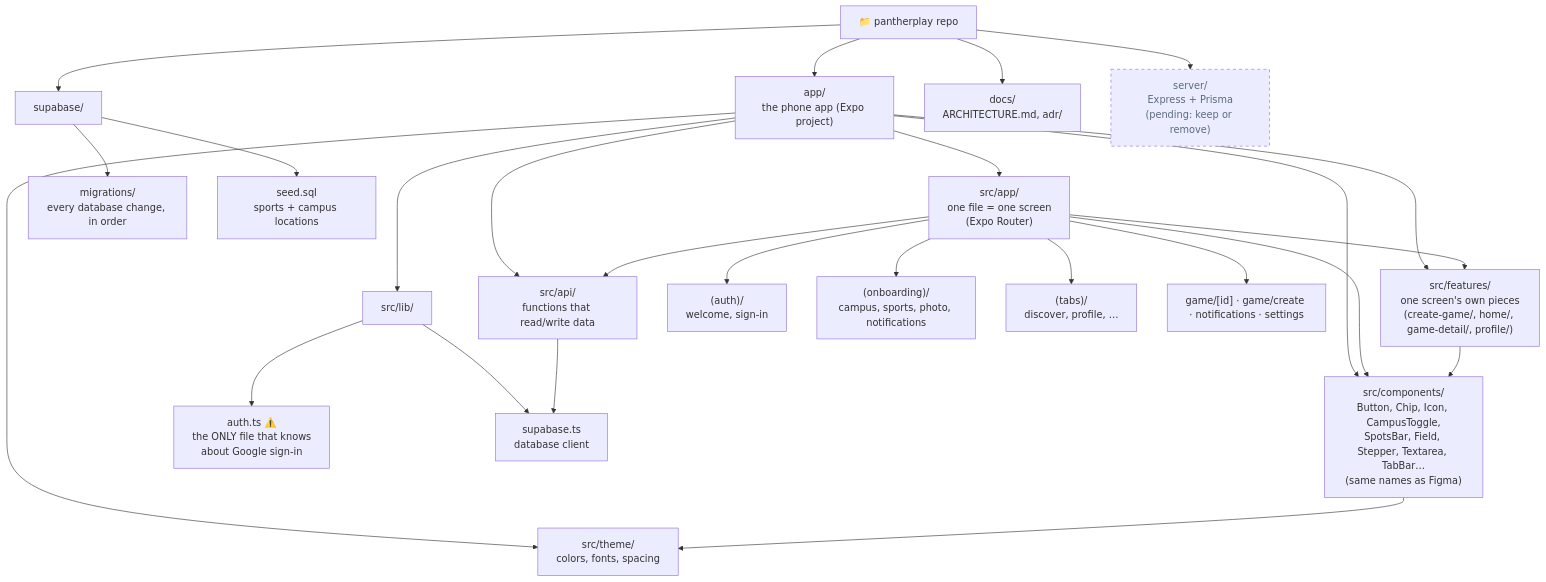
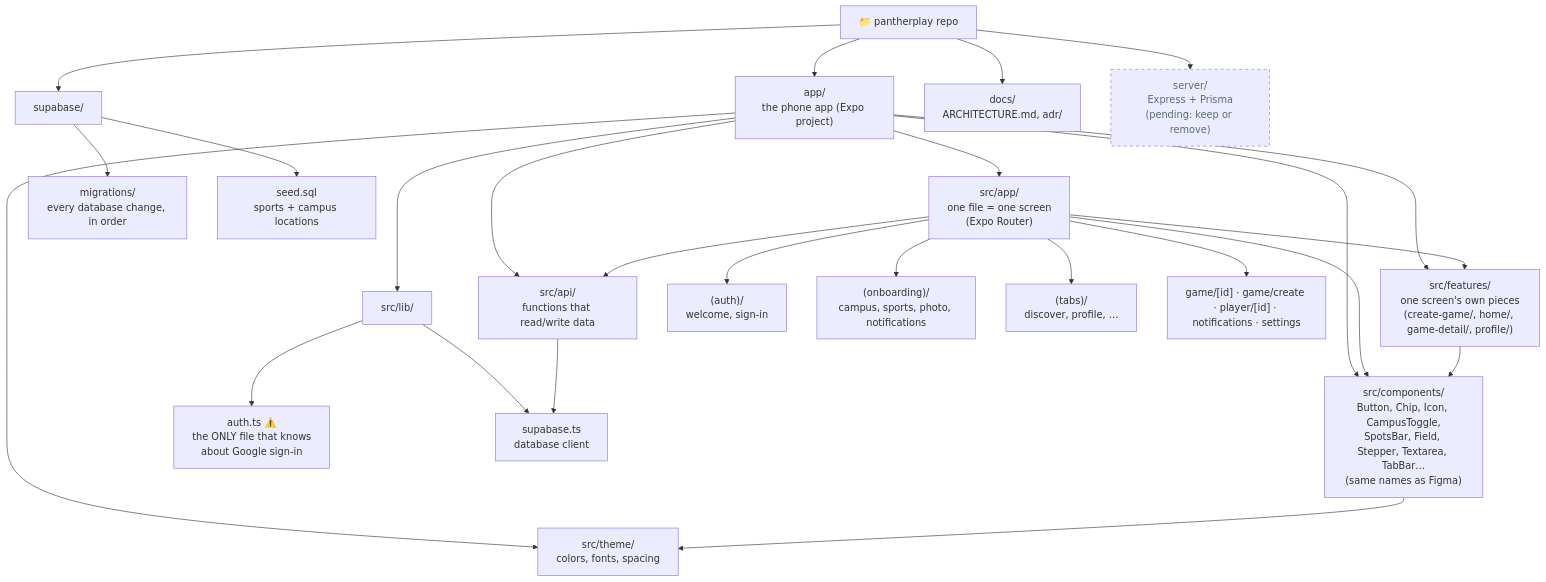
The second of 9 diagrams in docs/ARCHITECTURE.md (aymanlaassel/pantherplay), drawn with Mermaid before and after one commit. The commit also changed other lines of this file and 56 other files, not shown here.

````diff
--- a/docs/ARCHITECTURE.md
+++ b/docs/ARCHITECTURE.md
@@ -84,37 +84,37 @@
 ```mermaid
 flowchart TB
   Repo["📁 pantherplay repo"]
 
   Repo --> AppProj["app/<br/>the phone app (Expo project)"]
   Repo --> Supa["supabase/"]
   Repo --> Docs["docs/<br/>ARCHITECTURE.md, adr/"]
   Repo --> Server["server/<br/>Express + Prisma<br/>(pending: keep or remove)"]
 
   AppProj --> Screens["src/app/<br/>one file = one screen<br/>(Expo Router)"]
   AppProj --> Comp["src/components/<br/>Button, Chip, Icon, CampusToggle,<br/>SpotsBar, Field, Stepper, Textarea, TabBar…<br/>(same names as Figma)"]
   AppProj --> Feat["src/features/<br/>one screen's own pieces<br/>(create-game/, home/, game-detail/, profile/)"]
   AppProj --> Theme["src/theme/<br/>colors, fonts, spacing"]
   AppProj --> Api["src/api/<br/>functions that read/write data"]
   AppProj --> Lib["src/lib/"]
 
   Screens --> AuthScreens["(auth)/<br/>welcome, sign-in"]
   Screens --> Onb["(onboarding)/<br/>campus, sports, photo, notifications"]
   Screens --> Tabs["(tabs)/<br/>discover, profile, …"]
-  Screens --> Pushed["game/[id] · game/create · notifications · settings"]
+  Screens --> Pushed["game/[id] · game/create · player/[id] · notifications · settings"]
 
   Lib --> AuthTs["auth.ts ⚠️<br/>the ONLY file that knows<br/>about Google sign-in"]
   Lib --> Client["supabase.ts<br/>database client"]
 
   Supa --> Mig["migrations/<br/>every database change, in order"]
   Supa --> Seed["seed.sql<br/>sports + campus locations"]
 
   Comp --> Theme
   Screens --> Comp
   Screens --> Feat
   Feat --> Comp
   Screens --> Api
   Api --> Client
 
   classDef pending stroke-dasharray: 5 5,color:#5A6B7D
   class Server pending
 ```
````
